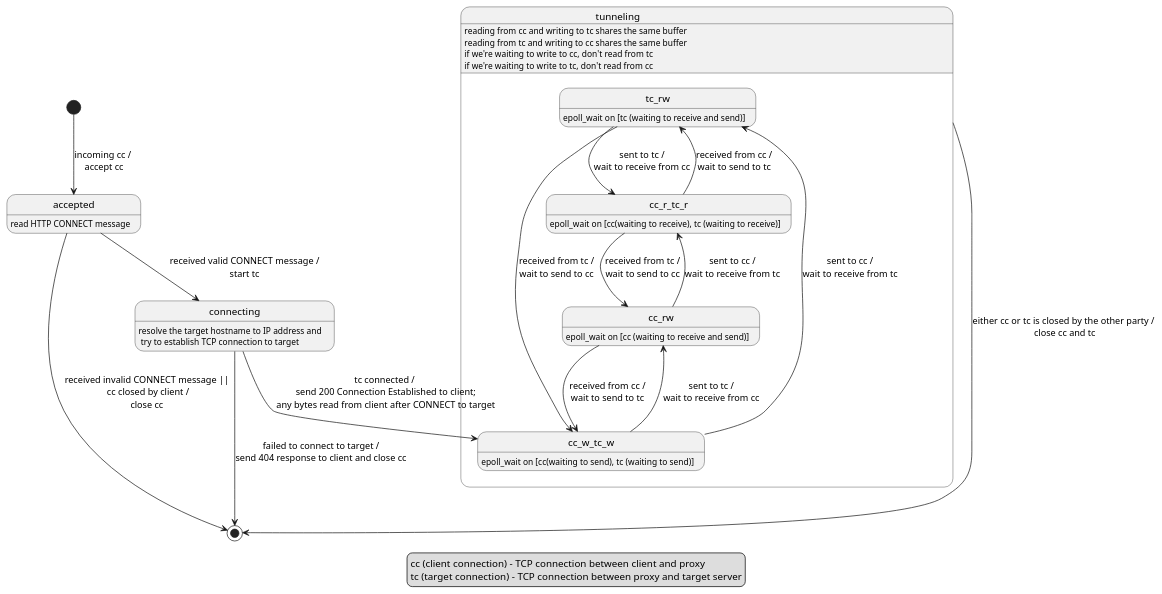
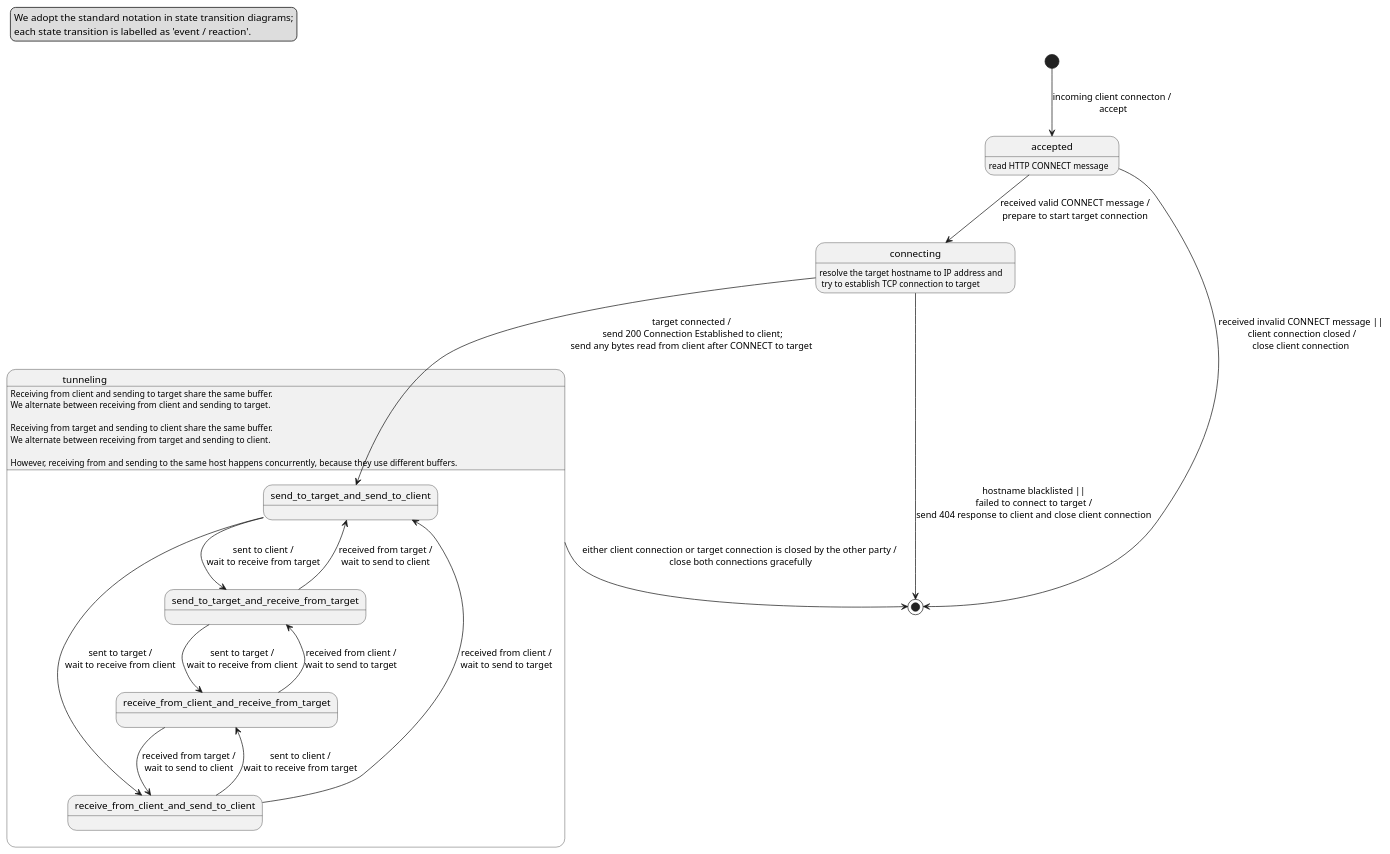
The diagram in docs/state-transition-diagram.puml (gary-lgy/https-proxy), drawn with PlantUML before and after one commit. The commit also changed 1 other file, not shown here.

Commit message:
Update state transition diagram

```diff
--- a/docs/state-transition-diagram.puml
+++ b/docs/state-transition-diagram.puml
@@ -1,48 +1,47 @@
 @startuml
 
-legend
-cc (client connection) - TCP connection between client and proxy
-tc (target connection) - TCP connection between proxy and target server
+legend top left
+We adopt the standard notation in state transition diagrams;
+each state transition is labelled as 'event / reaction'.
 end legend
 
-[*] --> accepted : incoming cc /\n accept cc
+[*] --> accepted : incoming client connecton /\n accept
 
 accepted : read HTTP CONNECT message
 
-accepted --> connecting : received valid CONNECT message /\nstart tc
-accepted --> [*] : received invalid CONNECT message ||\n cc closed by client /\nclose cc
+accepted --> connecting : received valid CONNECT message /\nprepare to start target connection
+accepted ---> [*] : received invalid CONNECT message ||\n client connection closed /\nclose client connection
 
 connecting : resolve the target hostname to IP address and \n try to establish TCP connection to target
 
-connecting ---> [*] : failed to connect to target /\nsend 404 response to client and close cc
+connecting ---> [*] : hostname blacklisted ||\nfailed to connect to target /\nsend 404 response to client and close client connection
 
 state tunneling {
 
-    tunneling : reading from cc and writing to tc shares the same buffer
-    tunneling : reading from tc and writing to cc shares the same buffer
-    tunneling : if we're waiting to write to cc, don't read from tc
-    tunneling : if we're waiting to write to tc, don't read from cc
+    tunneling : Receiving from client and sending to target share the same buffer.
+    tunneling : We alternate between receiving from client and sending to target.
+    tunneling:
+    tunneling : Receiving from target and sending to client share the same buffer.
+    tunneling : We alternate between receiving from target and sending to client.
+    tunneling :
+    tunneling : However, receiving from and sending to the same host happens concurrently, because they use different buffers.
 
-    tc_rw : epoll_wait on [tc (waiting to receive and send)]
-    cc_r_tc_r : epoll_wait on [cc(waiting to receive), tc (waiting to receive)]
-    cc_w_tc_w : epoll_wait on [cc(waiting to send), tc (waiting to send)]
-    cc_rw : epoll_wait on [cc (waiting to receive and send)]
+    send_to_target_and_send_to_client --> send_to_target_and_receive_from_target : sent to client /\nwait to receive from target
+    send_to_target_and_send_to_client --> receive_from_client_and_send_to_client : sent to target /\nwait to receive from client
 
-    tc_rw --> cc_r_tc_r : sent to tc /\nwait to receive from cc
-    tc_rw --> cc_w_tc_w : received from tc /\nwait to send to cc
+    send_to_target_and_receive_from_target --> receive_from_client_and_receive_from_target : sent to target /\nwait to receive from client
+    send_to_target_and_receive_from_target --> send_to_target_and_send_to_client : received from target /\nwait to send to client
 
-    cc_r_tc_r --> tc_rw : received from cc /\nwait to send to tc
-    cc_r_tc_r --> cc_rw : received from tc /\nwait to send to cc
+    receive_from_client_and_receive_from_target --> send_to_target_and_receive_from_target : received from client /\nwait to send to target
+    receive_from_client_and_receive_from_target --> receive_from_client_and_send_to_client : received from target /\nwait to send to client
 
-    cc_w_tc_w --> tc_rw : sent to cc /\nwait to receive from tc
-    cc_w_tc_w --> cc_rw : sent to tc /\nwait to receive from cc
+    receive_from_client_and_send_to_client --> receive_from_client_and_receive_from_target: sent to client /\nwait to receive from target
+    receive_from_client_and_send_to_client --> send_to_target_and_send_to_client: received from client /\nwait to send to target
 
-    cc_rw --> cc_r_tc_r: sent to cc /\nwait to receive from tc
-    cc_rw --> cc_w_tc_w: received from cc /\nwait to send to tc
 }
 
-connecting --> cc_w_tc_w : tc connected /\n send 200 Connection Established to client;\n any bytes read from client after CONNECT to target
+connecting --> send_to_target_and_send_to_client : target connected /\n send 200 Connection Established to client;\nsend any bytes read from client after CONNECT to target
 
-tunneling --> [*] : either cc or tc is closed by the other party /\n close cc and tc
+tunneling --> [*] : either client connection or target connection is closed by the other party /\n close both connections gracefully
 
 @enduml
```
